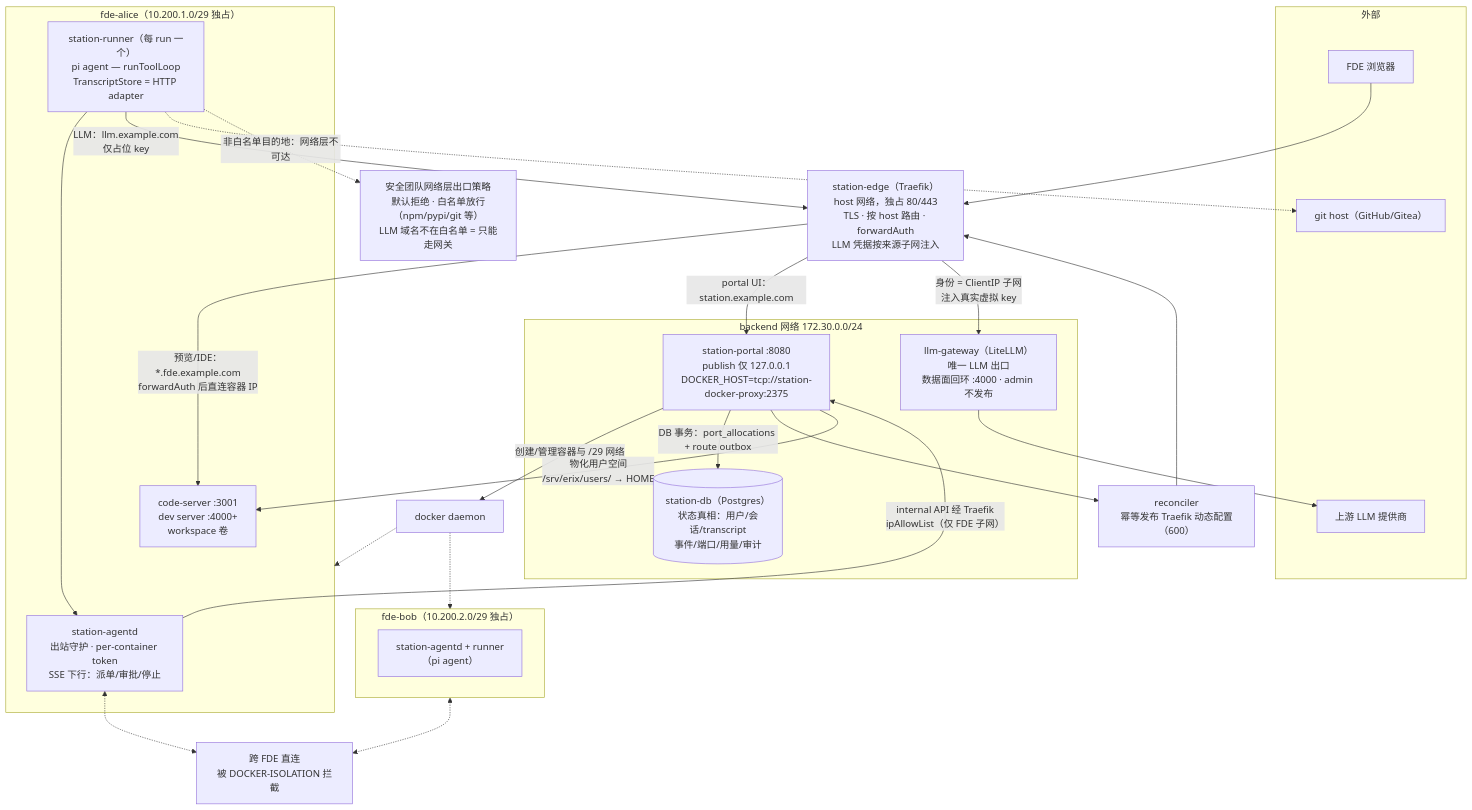
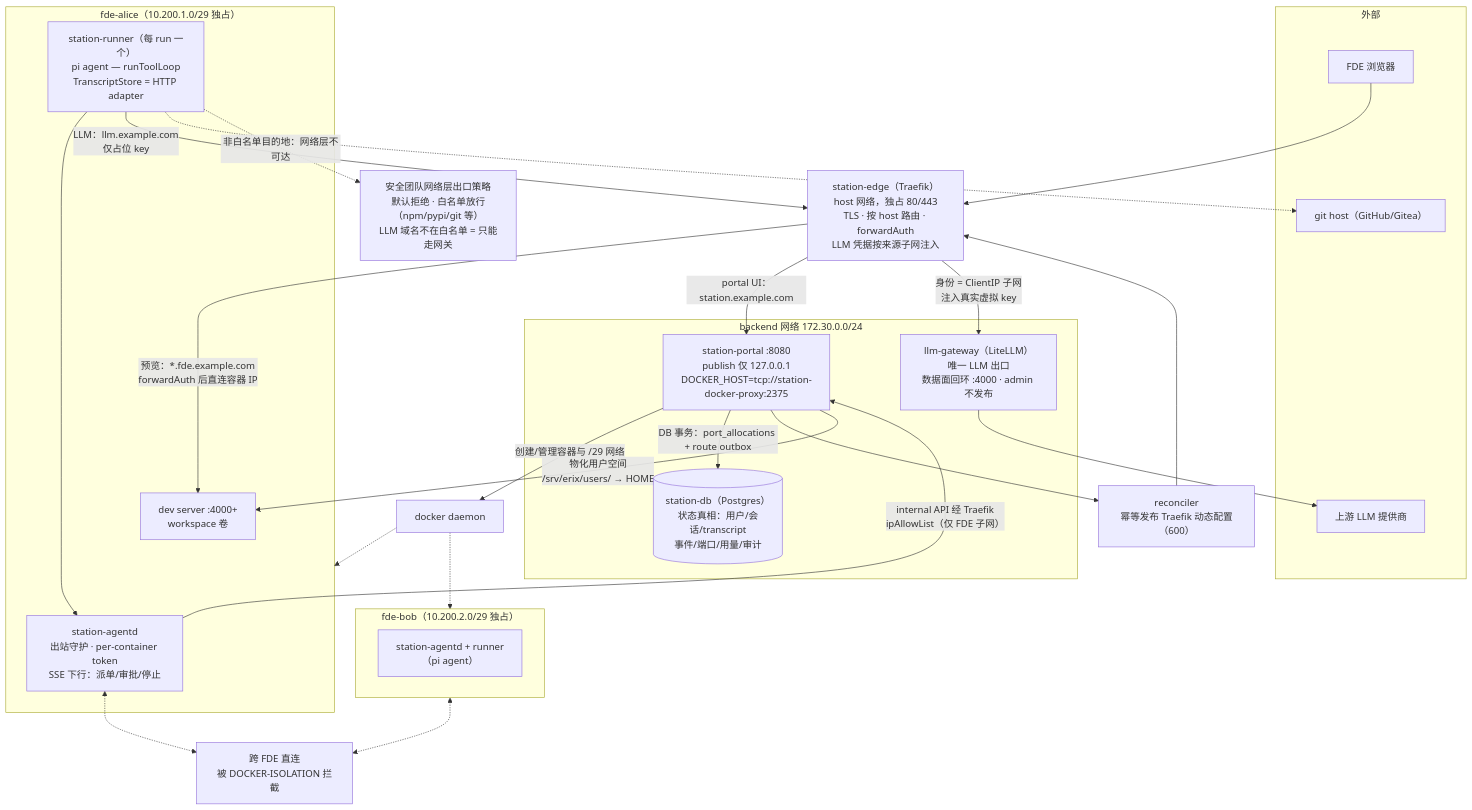
Before and after one commit to ErixWong/erix-station: the second of 4 diagrams in docs/charts.zh.md, drawn with Mermaid. The commit also changed other lines of this file and 9 other files, not shown here.

First line of the commit message:
docs(feat-260924-01): code-server 全面清退——对话界面为唯一交互入口（issue #71）

````diff
--- a/docs/charts.zh.md
+++ b/docs/charts.zh.md
@@ -42,52 +42,52 @@
 ```mermaid
 flowchart TB
     subgraph ext["外部"]
         BR2["FDE 浏览器"]
         UP2["上游 LLM 提供商"]
         GIT["git host（GitHub/Gitea）"]
     end
 
     TRA["station-edge（Traefik）<br/>host 网络，独占 80/443<br/>TLS · 按 host 路由 · forwardAuth<br/>LLM 凭据按来源子网注入"]
 
     subgraph backend["backend 网络 172.30.0.0/24"]
         POR["station-portal :8080<br/>publish 仅 127.0.0.1<br/>DOCKER_HOST=tcp://station-docker-proxy:2375"]
         DB2[("station-db（Postgres）<br/>状态真相：用户/会话/transcript<br/>事件/端口/用量/审计")]
         LLM["llm-gateway（LiteLLM）<br/>唯一 LLM 出口<br/>数据面回环 :4000 · admin 不发布"]
     end
 
     subgraph fdeA["fde-alice（10.200.1.0/29 独占）"]
         AGD["station-agentd<br/>出站守护 · per-container token<br/>SSE 下行：派单/审批/停止"]
         RUN["station-runner（每 run 一个）<br/>pi agent — runToolLoop<br/>TranscriptStore = HTTP adapter"]
-        CS["code-server :3001<br/>dev server :4000+<br/>workspace 卷"]
+        CS["dev server :4000+<br/>workspace 卷"]
     end
 
     subgraph fdeB["fde-bob（10.200.2.0/29 独占）"]
         AGD2["station-agentd + runner<br/>（pi agent）"]
     end
 
     REC["reconciler<br/>幂等发布 Traefik 动态配置（600）"]
     DOCK["docker daemon"]
     BLOCK["跨 FDE 直连<br/>被 DOCKER-ISOLATION 拦截"]
     EGRESS["安全团队网络层出口策略<br/>默认拒绝 · 白名单放行（npm/pypi/git 等）<br/>LLM 域名不在白名单 = 只能走网关"]
 
     BR2 --> TRA
     TRA -- "portal UI：station.example.com" --> POR
-    TRA -- "预览/IDE：*.fde.example.com<br/>forwardAuth 后直连容器 IP" --> CS
+    TRA -- "预览：*.fde.example.com<br/>forwardAuth 后直连容器 IP" --> CS
 
     AGD -- "internal API 经 Traefik<br/>ipAllowList（仅 FDE 子网）" --> POR
     RUN --> AGD
     RUN -- "LLM：llm.example.com<br/>仅占位 key" --> TRA
     TRA -- "身份 = ClientIP 子网<br/>注入真实虚拟 key" --> LLM
     LLM --> UP2
 
     POR -- "创建/管理容器与 /29 网络" --> DOCK
     DOCK -.-> fdeA
     DOCK -.-> fdeB
     POR -- "DB 事务：port_allocations + route outbox" --> DB2
     POR --> REC --> TRA
     POR -- "物化用户空间<br/>/srv/erix/users/<fde> → HOME" --> CS
     RUN -.-> GIT
     RUN -. "非白名单目的地：网络层不可达" .-> EGRESS
     AGD <-.-> BLOCK
     fdeB <-.-> BLOCK
 ```
````
